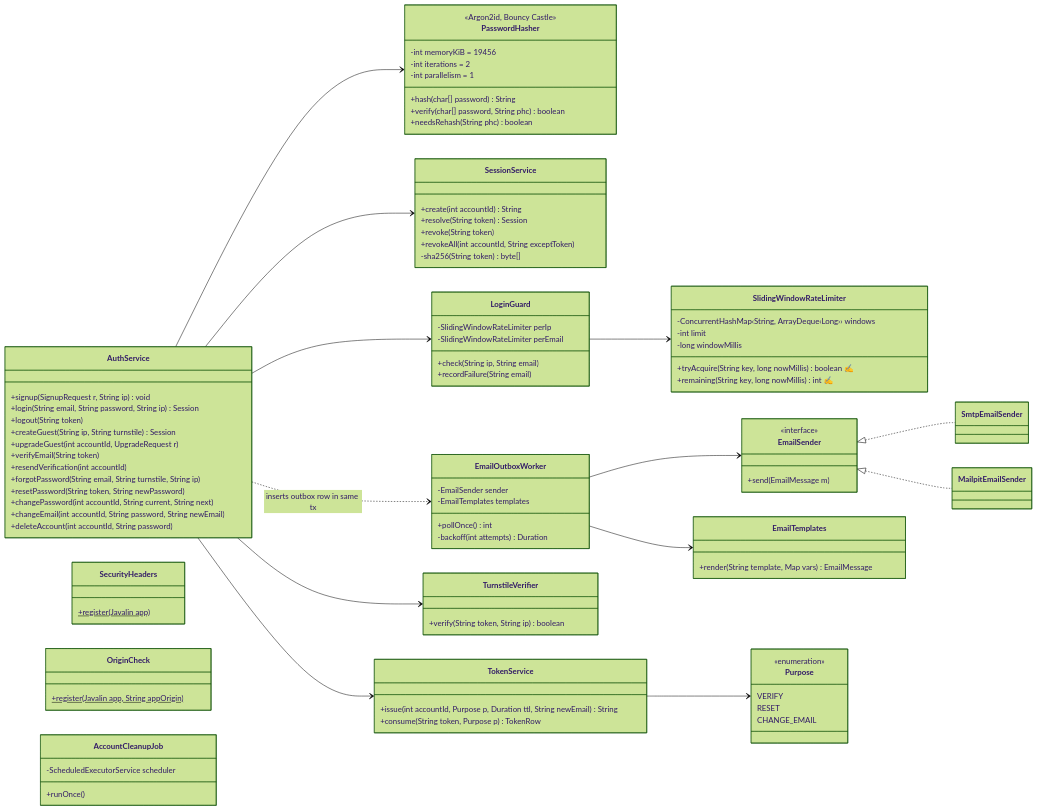
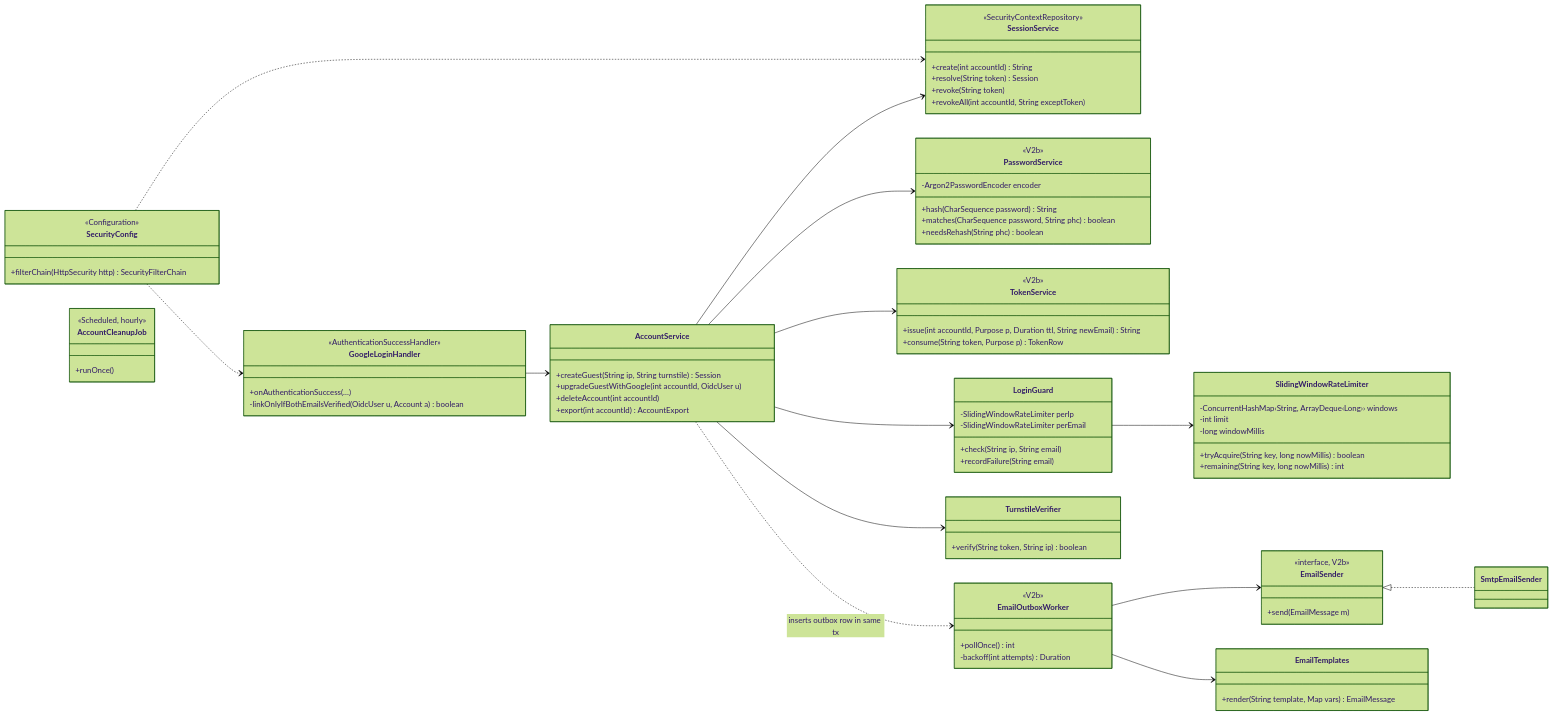
Before and after one commit to Shiven23-coder/shardbound: the fourth of 8 diagrams in docs/diagrams/class-diagram-v2.md, drawn with Mermaid (forest theme). The commit also changed other lines of this file and 239 other files, not shown here.

````diff
--- a/docs/diagrams/class-diagram-v2.md
+++ b/docs/diagrams/class-diagram-v2.md
@@ -10,37 +204,33 @@
 ```mermaid
 classDiagram
     direction LR
-    class AuthService {
-        +signup(SignupRequest r, String ip) void
-        +login(String email, String password, String ip) Session
-        +logout(String token)
+    class AccountService {
         +createGuest(String ip, String turnstile) Session
-        +upgradeGuest(int accountId, UpgradeRequest r)
-        +verifyEmail(String token)
-        +resendVerification(int accountId)
-        +forgotPassword(String email, String turnstile, String ip)
-        +resetPassword(String token, String newPassword)
-        +changePassword(int accountId, String current, String next)
-        +changeEmail(int accountId, String password, String newEmail)
-        +deleteAccount(int accountId, String password)
+        +upgradeGuestWithGoogle(int accountId, OidcUser u)
+        +deleteAccount(int accountId)
+        +export(int accountId) AccountExport
     }
-    class PasswordHasher {
-        <<Argon2id, Bouncy Castle>>
-        -int memoryKiB = 19456
-        -int iterations = 2
-        -int parallelism = 1
-        +hash(char[] password) String
-        +verify(char[] password, String phc) boolean
-        +needsRehash(String phc) boolean
+    class GoogleLoginHandler {
+        <<AuthenticationSuccessHandler>>
+        +onAuthenticationSuccess(…)
+        -linkOnlyIfBothEmailsVerified(OidcUser u, Account a) boolean
     }
     class SessionService {
+        <<SecurityContextRepository>>
         +create(int accountId) String
         +resolve(String token) Session
         +revoke(String token)
         +revokeAll(int accountId, String exceptToken)
-        -sha256(String token) byte[]
+    }
+    class PasswordService {
+        <<V2b>>
+        -Argon2PasswordEncoder encoder
+        +hash(CharSequence password) String
+        +matches(CharSequence password, String phc) boolean
+        +needsRehash(String phc) boolean
     }
     class TokenService {
+        <<V2b>>
         +issue(int accountId, Purpose p, Duration ttl, String newEmail) String
         +consume(String token, Purpose p) TokenRow
     }
@@ -48,8 +238,8 @@
         -ConcurrentHashMap‹String, ArrayDeque‹Long›› windows
         -int limit
         -long windowMillis
-        +tryAcquire(String key, long nowMillis) boolean ✍
-        +remaining(String key, long nowMillis) int ✍
+        +tryAcquire(String key, long nowMillis) boolean
+        +remaining(String key, long nowMillis) int
     }
     class LoginGuard {
         -SlidingWindowRateLimiter perIp
@@ -60,48 +250,39 @@
     class TurnstileVerifier {
         +verify(String token, String ip) boolean
     }
-    class SecurityHeaders {
-        +register(Javalin app)$
-    }
-    class OriginCheck {
-        +register(Javalin app, String appOrigin)$
+    class SecurityConfig {
+        <<Configuration>>
+        +filterChain(HttpSecurity http) SecurityFilterChain
     }
     class AccountCleanupJob {
-        -ScheduledExecutorService scheduler
+        <<Scheduled, hourly>>
         +runOnce()
     }
     class EmailSender {
-        <<interface>>
+        <<interface, V2b>>
         +send(EmailMessage m)
     }
     class SmtpEmailSender
-    class MailpitEmailSender
     class EmailOutboxWorker {
-        -EmailSender sender
-        -EmailTemplates templates
+        <<V2b>>
         +pollOnce() int
         -backoff(int attempts) Duration
     }
     class EmailTemplates {
         +render(String template, Map vars) EmailMessage
     }
-    class Purpose {
-        <<enumeration>>
-        VERIFY
-        RESET
-        CHANGE_EMAIL
-    }
 
-    AuthService --> PasswordHasher
-    AuthService --> SessionService
-    AuthService --> TokenService
-    AuthService --> LoginGuard
-    AuthService --> TurnstileVerifier
-    AuthService ..> EmailOutboxWorker : inserts outbox row in same tx
+    SecurityConfig ..> SessionService
+    SecurityConfig ..> GoogleLoginHandler
+    GoogleLoginHandler --> AccountService
+    AccountService --> SessionService
+    AccountService --> TurnstileVerifier
+    AccountService --> PasswordService
+    AccountService --> TokenService
+    AccountService --> LoginGuard
+    AccountService ..> EmailOutboxWorker : inserts outbox row in same tx
     LoginGuard --> SlidingWindowRateLimiter
-    TokenService --> Purpose
     EmailSender <|.. SmtpEmailSender
-    EmailSender <|.. MailpitEmailSender
     EmailOutboxWorker --> EmailSender
     EmailOutboxWorker --> EmailTemplates
 ```
````
